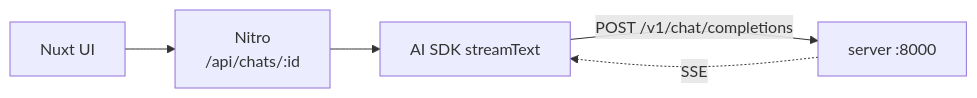
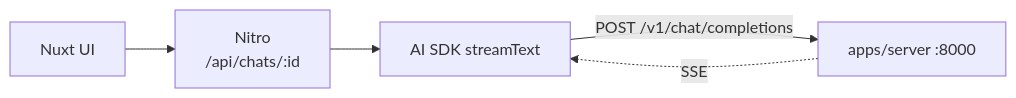
One commit to terryong31/nuxt-chat-open-llm changed the diagram in CLAUDE.md. Above: the diagram before and after it, drawn with Mermaid. The commit also changed other lines of this file and 7 other files, not shown here.

````diff
--- a/CLAUDE.md
+++ b/CLAUDE.md
@@ -25,7 +27,7 @@
 ```mermaid
 flowchart LR
     UI["Nuxt UI"] --> N["Nitro<br/>/api/chats/:id"]
     N --> S["AI SDK streamText"]
-    S -- "POST /v1/chat/completions" --> P["server :8000"]
+    S -- "POST /v1/chat/completions" --> P["apps/server :8000"]
     P -. "SSE" .-> S
 ```
````
